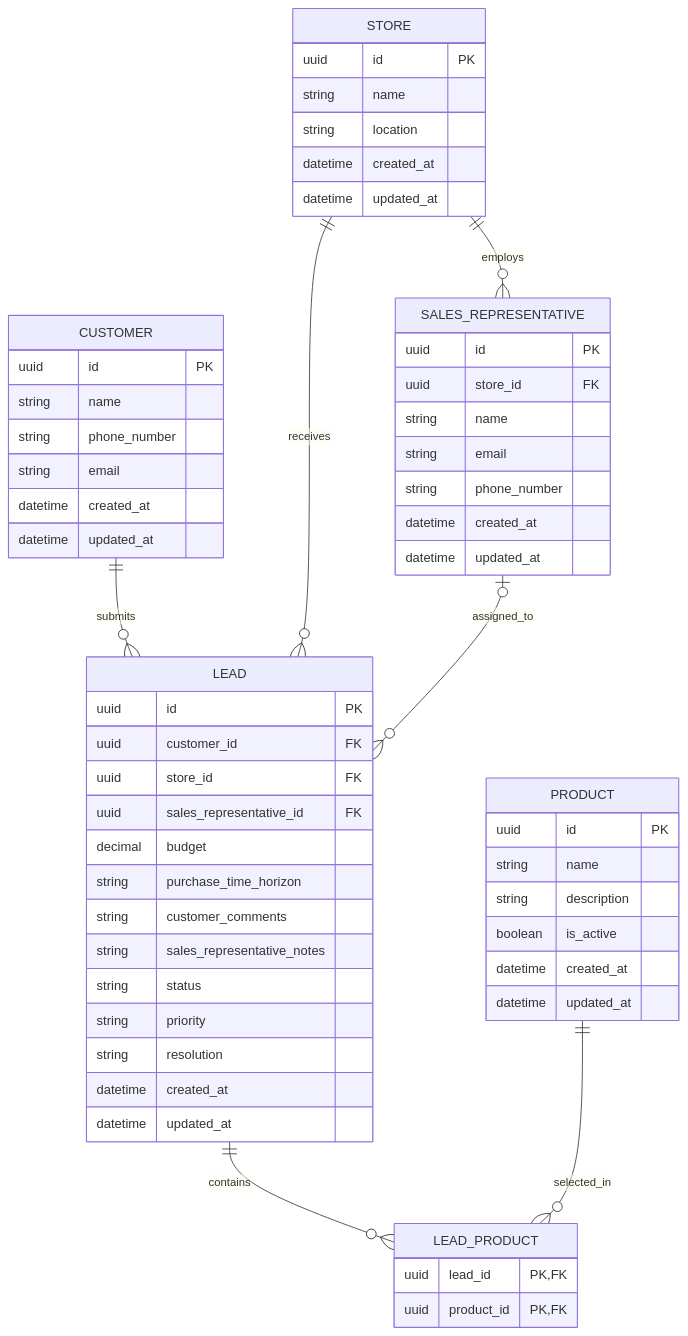
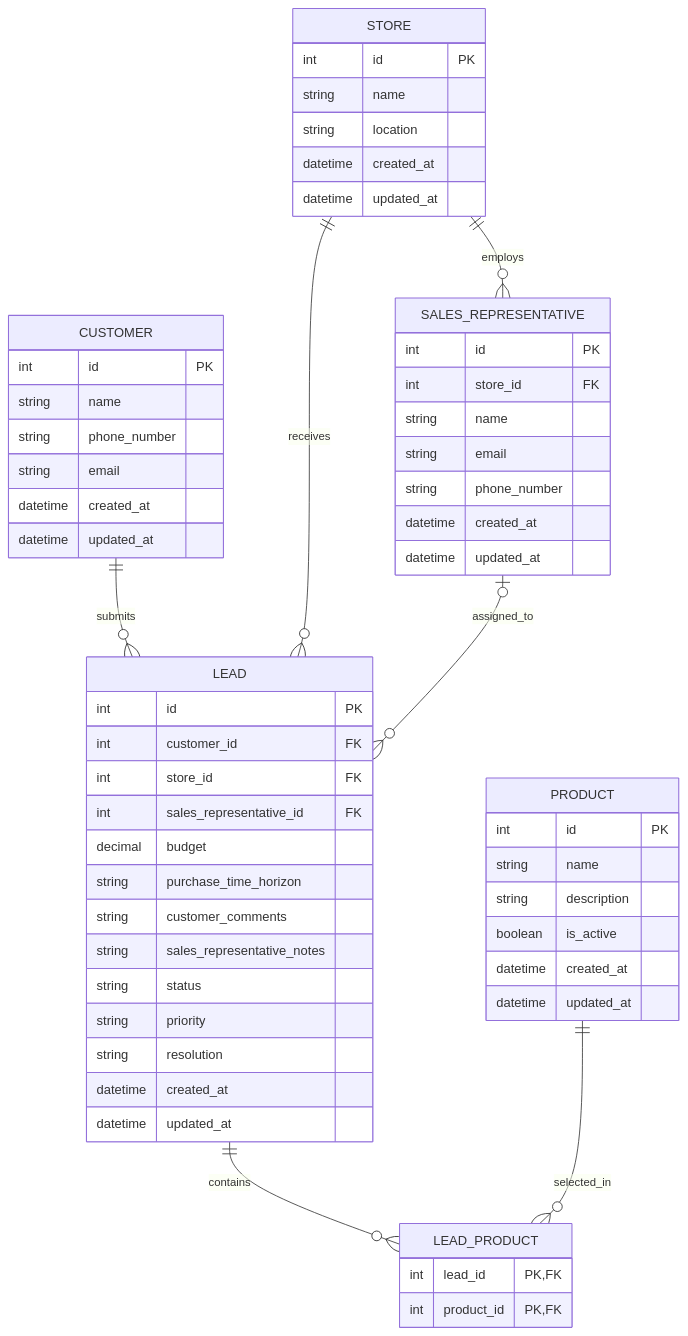
One commit to JuanCode10/company-form-app changed the diagram in backend/docs/database-design.md. Above: the diagram before and after it, drawn with Mermaid. The commit also changed other lines of this file, not shown here.

````diff
--- a/backend/docs/database-design.md
+++ b/backend/docs/database-design.md
@@ -196,66 +210,66 @@
 ```mermaid
 erDiagram
     CUSTOMER ||--o{ LEAD : submits
     STORE ||--o{ LEAD : receives
     STORE ||--o{ SALES_REPRESENTATIVE : employs
     SALES_REPRESENTATIVE o|--o{ LEAD : assigned_to
     LEAD ||--o{ LEAD_PRODUCT : contains
     PRODUCT ||--o{ LEAD_PRODUCT : selected_in
 
     CUSTOMER {
-        uuid id PK
+        int id PK
         string name
         string phone_number
         string email
         datetime created_at
         datetime updated_at
     }
 
     LEAD {
-        uuid id PK
-        uuid customer_id FK
-        uuid store_id FK
-        uuid sales_representative_id FK
+        int id PK
+        int customer_id FK
+        int store_id FK
+        int sales_representative_id FK
         decimal budget
         string purchase_time_horizon
         string customer_comments
         string sales_representative_notes
         string status
         string priority
         string resolution
         datetime created_at
         datetime updated_at
     }
 
     STORE {
-        uuid id PK
+        int id PK
         string name
         string location
         datetime created_at
         datetime updated_at
     }
 
     SALES_REPRESENTATIVE {
-        uuid id PK
-        uuid store_id FK
+        int id PK
+        int store_id FK
         string name
         string email
         string phone_number
         datetime created_at
         datetime updated_at
     }
 
     PRODUCT {
-        uuid id PK
+        int id PK
         string name
         string description
         boolean is_active
         datetime created_at
         datetime updated_at
     }
 
     LEAD_PRODUCT {
-        uuid lead_id PK, FK
-        uuid product_id PK, FK
+        int lead_id PK, FK
+        int product_id PK, FK
     }
 ```
````
